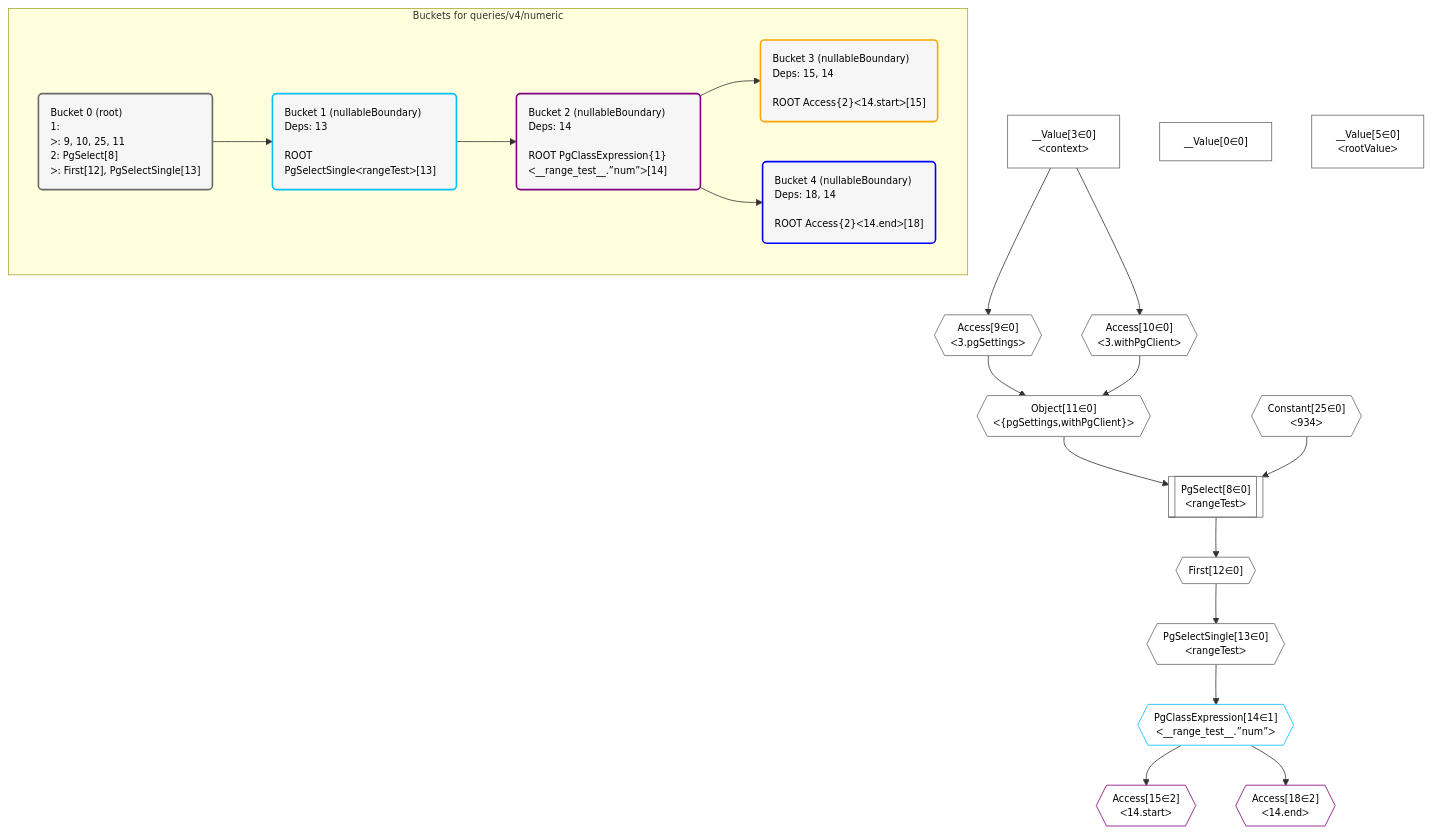
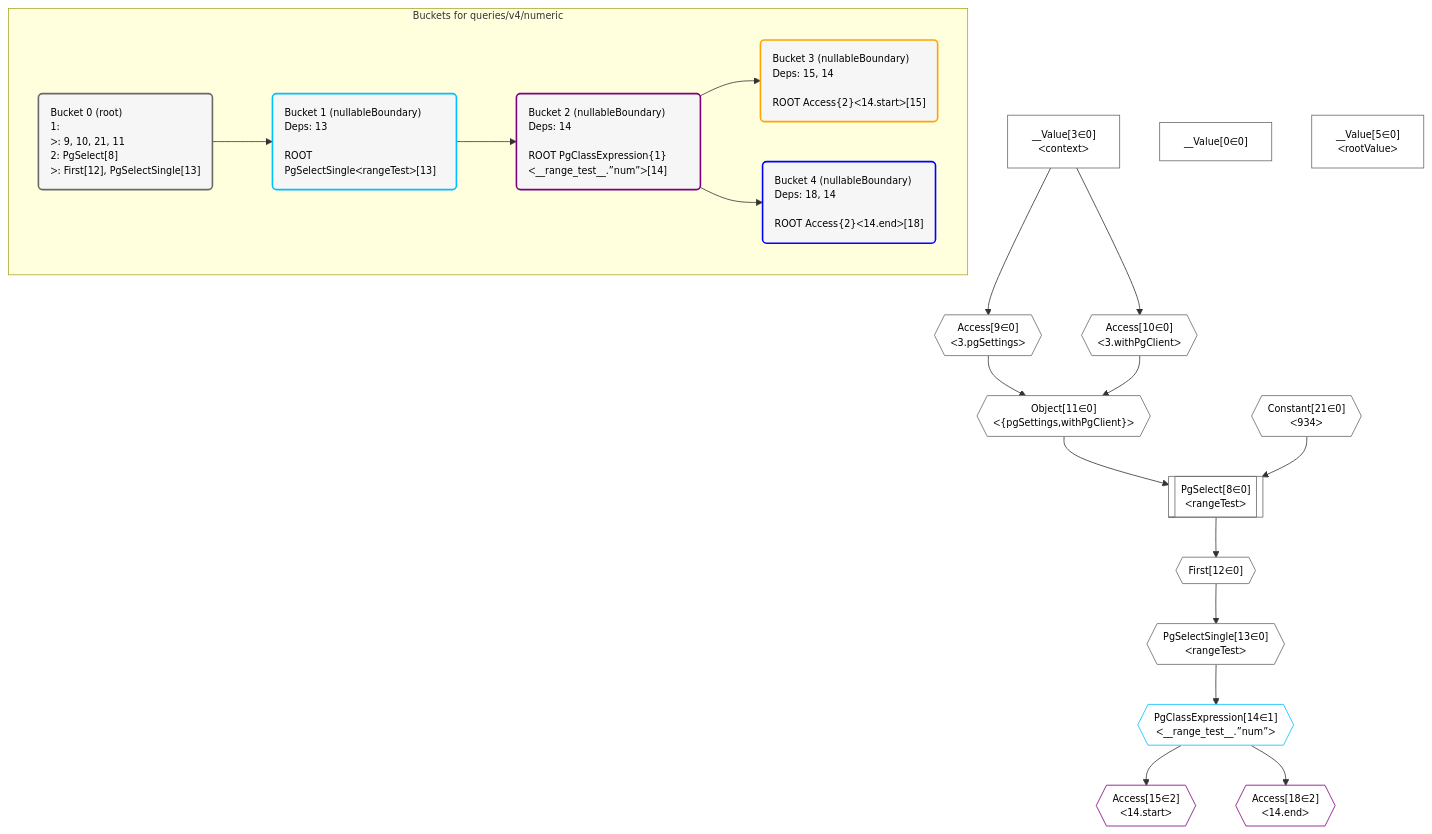
The diagram in postgraphile/postgraphile/__tests__/queries/v4/numeric.mermaid (graphile/crystal), drawn with Mermaid before and after one commit. The commit also changed 11 other files, not shown here.

```diff
--- a/postgraphile/postgraphile/__tests__/queries/v4/numeric.mermaid
+++ b/postgraphile/postgraphile/__tests__/queries/v4/numeric.mermaid
@@ -1,56 +1,56 @@
 %%{init: {'themeVariables': { 'fontSize': '12px'}}}%%
 graph TD
     classDef path fill:#eee,stroke:#000,color:#000
     classDef plan fill:#fff,stroke-width:1px,color:#000
     classDef itemplan fill:#fff,stroke-width:2px,color:#000
     classDef unbatchedplan fill:#dff,stroke-width:1px,color:#000
     classDef sideeffectplan fill:#fcc,stroke-width:2px,color:#000
     classDef bucket fill:#f6f6f6,color:#000,stroke-width:2px,text-align:left
 
 
     %% plan dependencies
     Object11{{"Object[11∈0]<br />ᐸ{pgSettings,withPgClient}ᐳ"}}:::plan
     Access9{{"Access[9∈0]<br />ᐸ3.pgSettingsᐳ"}}:::plan
     Access10{{"Access[10∈0]<br />ᐸ3.withPgClientᐳ"}}:::plan
     Access9 & Access10 --> Object11
     PgSelect8[["PgSelect[8∈0]<br />ᐸrangeTestᐳ"]]:::plan
-    Constant25{{"Constant[25∈0]<br />ᐸ934ᐳ"}}:::plan
-    Object11 & Constant25 --> PgSelect8
+    Constant21{{"Constant[21∈0]<br />ᐸ934ᐳ"}}:::plan
+    Object11 & Constant21 --> PgSelect8
     __Value3["__Value[3∈0]<br />ᐸcontextᐳ"]:::plan
     __Value3 --> Access9
     __Value3 --> Access10
     First12{{"First[12∈0]"}}:::plan
     PgSelect8 --> First12
     PgSelectSingle13{{"PgSelectSingle[13∈0]<br />ᐸrangeTestᐳ"}}:::plan
     First12 --> PgSelectSingle13
     __Value0["__Value[0∈0]"]:::plan
     __Value5["__Value[5∈0]<br />ᐸrootValueᐳ"]:::plan
     PgClassExpression14{{"PgClassExpression[14∈1]<br />ᐸ__range_test__.”num”ᐳ"}}:::plan
     PgSelectSingle13 --> PgClassExpression14
     Access15{{"Access[15∈2]<br />ᐸ14.startᐳ"}}:::plan
     PgClassExpression14 --> Access15
     Access18{{"Access[18∈2]<br />ᐸ14.endᐳ"}}:::plan
     PgClassExpression14 --> Access18
 
     %% define steps
 
     subgraph "Buckets for queries/v4/numeric"
-    Bucket0("Bucket 0 (root)<br />1: <br />ᐳ: 9, 10, 25, 11<br />2: PgSelect[8]<br />ᐳ: First[12], PgSelectSingle[13]"):::bucket
+    Bucket0("Bucket 0 (root)<br />1: <br />ᐳ: 9, 10, 21, 11<br />2: PgSelect[8]<br />ᐳ: First[12], PgSelectSingle[13]"):::bucket
     classDef bucket0 stroke:#696969
-    class Bucket0,__Value0,__Value3,__Value5,PgSelect8,Access9,Access10,Object11,First12,PgSelectSingle13,Constant25 bucket0
+    class Bucket0,__Value0,__Value3,__Value5,PgSelect8,Access9,Access10,Object11,First12,PgSelectSingle13,Constant21 bucket0
     Bucket1("Bucket 1 (nullableBoundary)<br />Deps: 13<br /><br />ROOT PgSelectSingleᐸrangeTestᐳ[13]"):::bucket
     classDef bucket1 stroke:#00bfff
     class Bucket1,PgClassExpression14 bucket1
     Bucket2("Bucket 2 (nullableBoundary)<br />Deps: 14<br /><br />ROOT PgClassExpression{1}ᐸ__range_test__.”num”ᐳ[14]"):::bucket
     classDef bucket2 stroke:#7f007f
     class Bucket2,Access15,Access18 bucket2
     Bucket3("Bucket 3 (nullableBoundary)<br />Deps: 15, 14<br /><br />ROOT Access{2}ᐸ14.startᐳ[15]"):::bucket
     classDef bucket3 stroke:#ffa500
     class Bucket3 bucket3
     Bucket4("Bucket 4 (nullableBoundary)<br />Deps: 18, 14<br /><br />ROOT Access{2}ᐸ14.endᐳ[18]"):::bucket
     classDef bucket4 stroke:#0000ff
     class Bucket4 bucket4
     Bucket0 --> Bucket1
     Bucket1 --> Bucket2
     Bucket2 --> Bucket3 & Bucket4
     end
```
